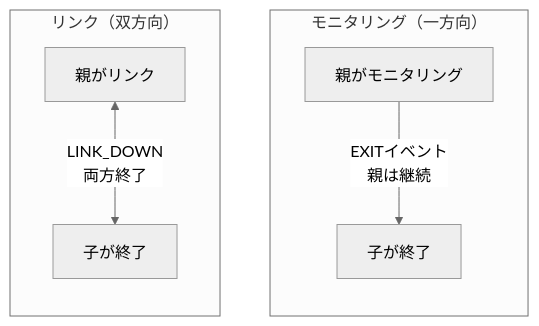
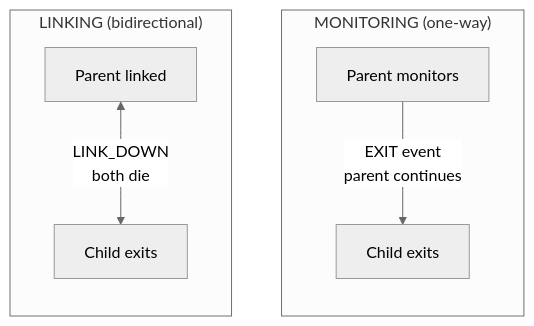
One commit to wippyai/docs changed the diagram in ja/tutorials/supervision.md. Above: the diagram before and after it, drawn with Mermaid (neutral theme). The commit also changed other lines of this file and 79 other files, not shown here.

````diff
--- a/ja/tutorials/supervision.md
+++ b/ja/tutorials/supervision.md
@@ -17,12 +17,12 @@
 ```mermaid
 flowchart TB
-    subgraph Monitoring["モニタリング（一方向）"]
+    subgraph Monitoring["MONITORING (one-way)"]
         direction TB
-        P1[親がモニタリング] -->|EXITイベント<br/>親は継続| C1[子が終了]
+        P1[Parent monitors] -->|EXIT event<br/>parent continues| C1[Child exits]
     end
 
-    subgraph Linking["リンク（双方向）"]
+    subgraph Linking["LINKING (bidirectional)"]
         direction TB
-        P2[親がリンク] <-->|LINK_DOWN<br/>両方終了| C2[子が終了]
+        P2[Parent linked] <-->|LINK_DOWN<br/>both die| C2[Child exits]
     end
 ```
````
